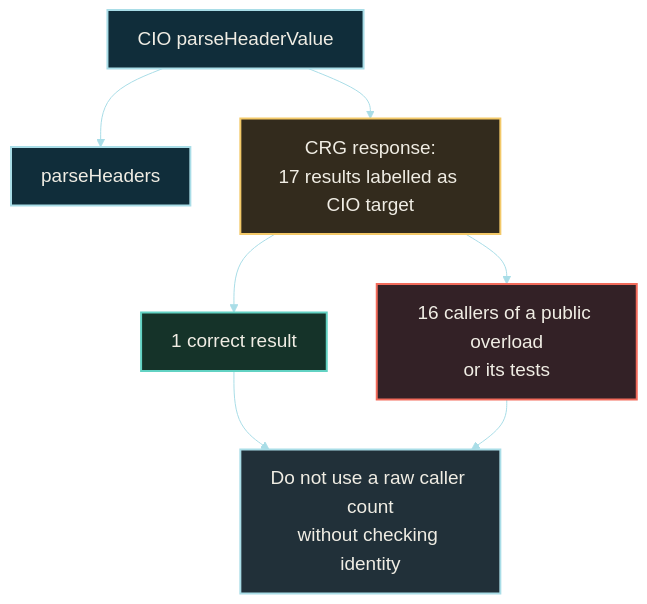
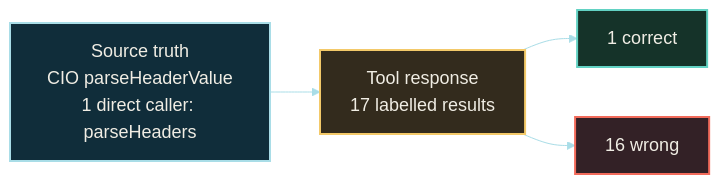
The diagram in assets/diagrams/ktor-caller-disambiguation-article-large-dark.mmd (artemrudenko/code-graph-benchmark-v2), drawn with Mermaid before and after one commit. The commit also changed 21 other files, not shown here.

Commit message:
docs: compact article evidence diagrams

```diff
--- a/assets/diagrams/ktor-caller-disambiguation-article-large-dark.mmd
+++ b/assets/diagrams/ktor-caller-disambiguation-article-large-dark.mmd
@@ -1,19 +1,10 @@
-%%{init: {"theme":"base","themeVariables":{"background":"#08131E","primaryColor":"#102D3A","primaryTextColor":"#F0EDE4","primaryBorderColor":"#A9DDE7","lineColor":"#A9DDE7","secondaryColor":"#213039","tertiaryColor":"#2A2530","edgeLabelBackground":"#08131E","fontFamily":"Arial","fontSize":"19px"}}}%%
-flowchart TB
-    A[CIO parseHeaderValue] --> B[parseHeaders]
-    A --> C[CRG response:<br/>17 results labelled as CIO target]
-    C --> D[1 correct result]
-    C --> E[16 callers of a public overload<br/>or its tests]
-    D --> F[Do not use a raw caller count<br/>without checking identity]
-    E --> F
-
-    classDef source fill:#102D3A,stroke:#A9DDE7,color:#F0EDE4,stroke-width:2px;
-    classDef answer fill:#332B1D,stroke:#F3C969,color:#F0EDE4,stroke-width:2px;
-    classDef good fill:#153329,stroke:#62D2C3,color:#F0EDE4,stroke-width:2px;
-    classDef wrong fill:#332126,stroke:#F26B5B,color:#F0EDE4,stroke-width:2px;
-    classDef conclusion fill:#213039,stroke:#A9DDE7,color:#F0EDE4,stroke-width:2px;
-    class A,B source;
-    class C answer;
-    class D good;
-    class E wrong;
-    class F conclusion;
+%%{init: {"theme":"base","themeVariables":{"background":"#08131E","primaryColor":"#102D3A","primaryTextColor":"#F0EDE4","primaryBorderColor":"#A9DDE7","lineColor":"#A9DDE7","fontFamily":"Arial","fontSize":"18px"}}}%%
+flowchart LR
+  A[Source truth<br/>CIO parseHeaderValue<br/>1 direct caller: parseHeaders] --> B[Tool response<br/>17 labelled results]
+  B --> C[1 correct]
+  B --> D[16 wrong]
+  classDef source fill:#102D3A,stroke:#A9DDE7,color:#F0EDE4,stroke-width:2px;
+  classDef answer fill:#332B1D,stroke:#F3C969,color:#F0EDE4,stroke-width:2px;
+  classDef good fill:#153329,stroke:#62D2C3,color:#F0EDE4,stroke-width:2px;
+  classDef bad fill:#332126,stroke:#F26B5B,color:#F0EDE4,stroke-width:2px;
+  class A source; class B answer; class C good; class D bad;
```
